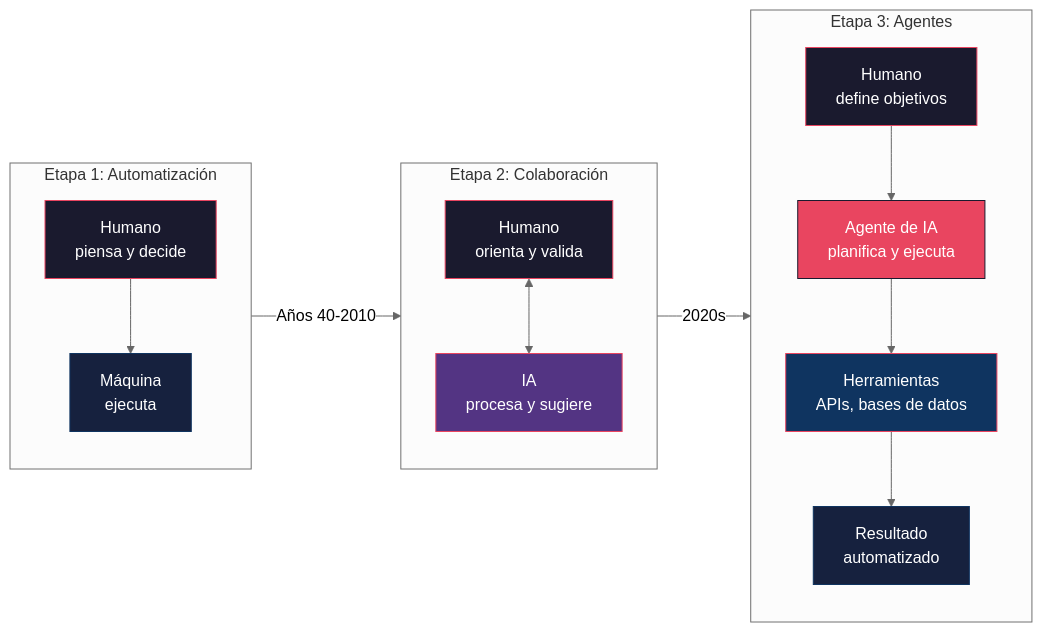
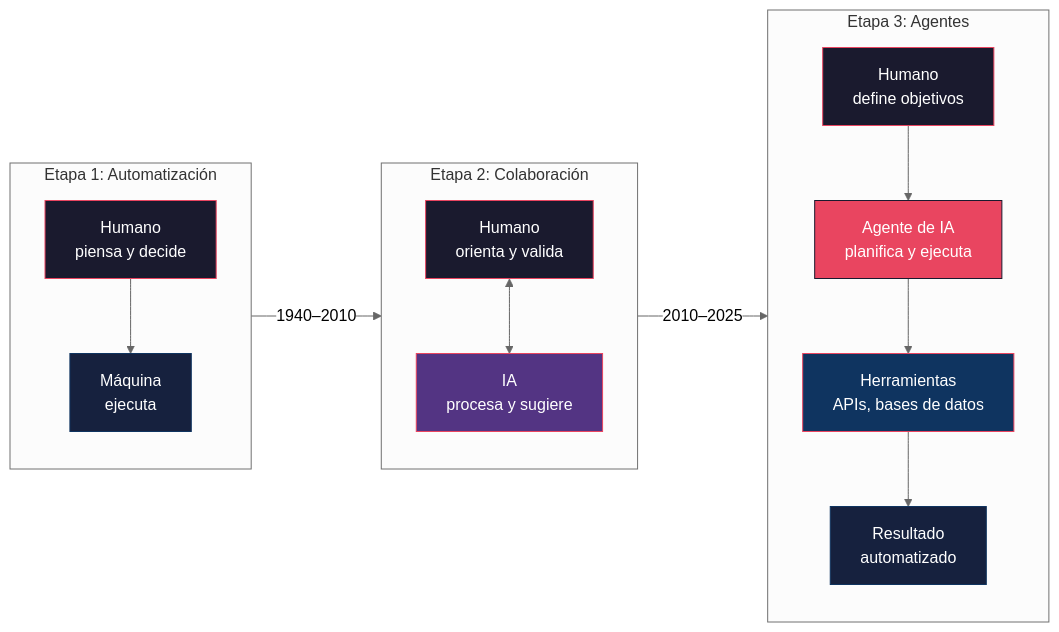
Before and after one commit to i-xarlos/isil-ing-sistemas: the second of 2 diagrams in 2026-2/Inteligencia-Artificial-Aplicada/clase-1/actividad-1/codigo-enigma-inteligencia-artificial-actividad-1.md, drawn with Mermaid (neutral theme). The commit also changed other lines of this file, not shown here.

````diff
--- a/2026-2/Inteligencia-Artificial-Aplicada/clase-1/actividad-1/codigo-enigma-inteligencia-artificial-actividad-1.md
+++ b/2026-2/Inteligencia-Artificial-Aplicada/clase-1/actividad-1/codigo-enigma-inteligencia-artificial-actividad-1.md
@@ -166,28 +218,28 @@
 ```mermaid
 flowchart LR
     subgraph Etapa_1["Etapa 1: Automatización"]
         H1["Humano\npiensa y decide"] --> M1["Máquina\nejecuta"]
     end
 
     subgraph Etapa_2["Etapa 2: Colaboración"]
         H2["Humano\norienta y valida"] <--> IA["IA\nprocesa y sugiere"]
     end
 
     subgraph Etapa_3["Etapa 3: Agentes"]
         H3["Humano\ndefine objetivos"] --> AG["Agente de IA\nplanifica y ejecuta"]
         AG --> H["Herramientas\nAPIs, bases de datos"]
         H --> R["Resultado\nautomatizado"]
     end
 
-    Etapa_1 -->|"Años 40-2010"| Etapa_2
-    Etapa_2 -->|"2020s"| Etapa_3
+    Etapa_1 -->|"1940–2010"| Etapa_2
+    Etapa_2 -->|"2010–2025"| Etapa_3
 
     style H1 fill:#1a1a2e,stroke:#e94560,color:#fff
     style M1 fill:#16213e,stroke:#0f3460,color:#fff
     style H2 fill:#1a1a2e,stroke:#e94560,color:#fff
     style IA fill:#533483,stroke:#e94560,color:#fff
     style H3 fill:#1a1a2e,stroke:#e94560,color:#fff
     style AG fill:#e94560,stroke:#1a1a2e,color:#fff
     style H fill:#0f3460,stroke:#e94560,color:#fff
     style R fill:#16213e,stroke:#0f3460,color:#fff
 ```
````
